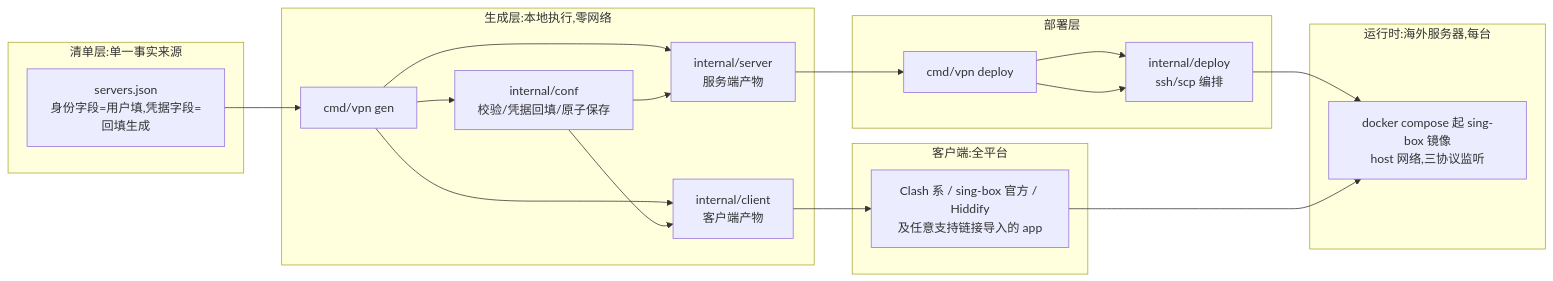
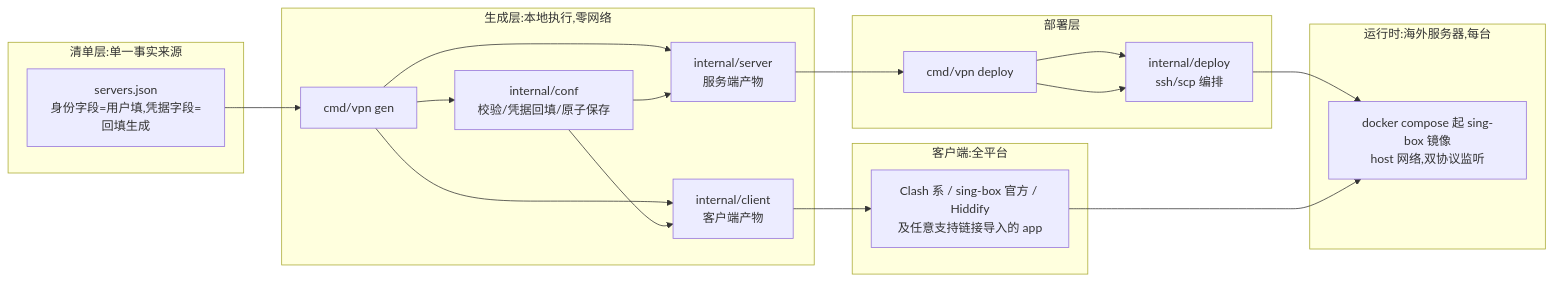
Before and after one commit to jiangzhiguo1992/vpn: the diagram in README.md, drawn with Mermaid. The commit also changed other lines of this file and 20 other files, not shown here.

````diff
--- a/README.md
+++ b/README.md
@@ -41,26 +41,26 @@
 ```mermaid
 flowchart LR
     subgraph 清单层[清单层:单一事实来源]
         A["servers.json<br/>身份字段=用户填,凭据字段=回填生成"]
     end
     subgraph 生成层[生成层:本地执行,零网络]
         B["cmd/vpn gen"] --> C["internal/conf<br/>校验/凭据回填/原子保存"]
         B --> D["internal/server<br/>服务端产物"]
         B --> E["internal/client<br/>客户端产物"]
         C --> D
         C --> E
     end
     subgraph 部署层[部署层]
         F["cmd/vpn deploy"] --> G["internal/deploy<br/>ssh/scp 编排"]
     end
     subgraph 运行时[运行时:海外服务器,每台]
-        H["docker compose 起 sing-box 镜像<br/>host 网络,三协议监听"]
+        H["docker compose 起 sing-box 镜像<br/>host 网络,双协议监听"]
     end
     subgraph 客户端[客户端:全平台]
         I["Clash 系 / sing-box 官方 / Hiddify<br/>及任意支持链接导入的 app"]
     end
     A --> B
     D --> F --> G --> H
     E --> I
     I --> H
 ```
````
